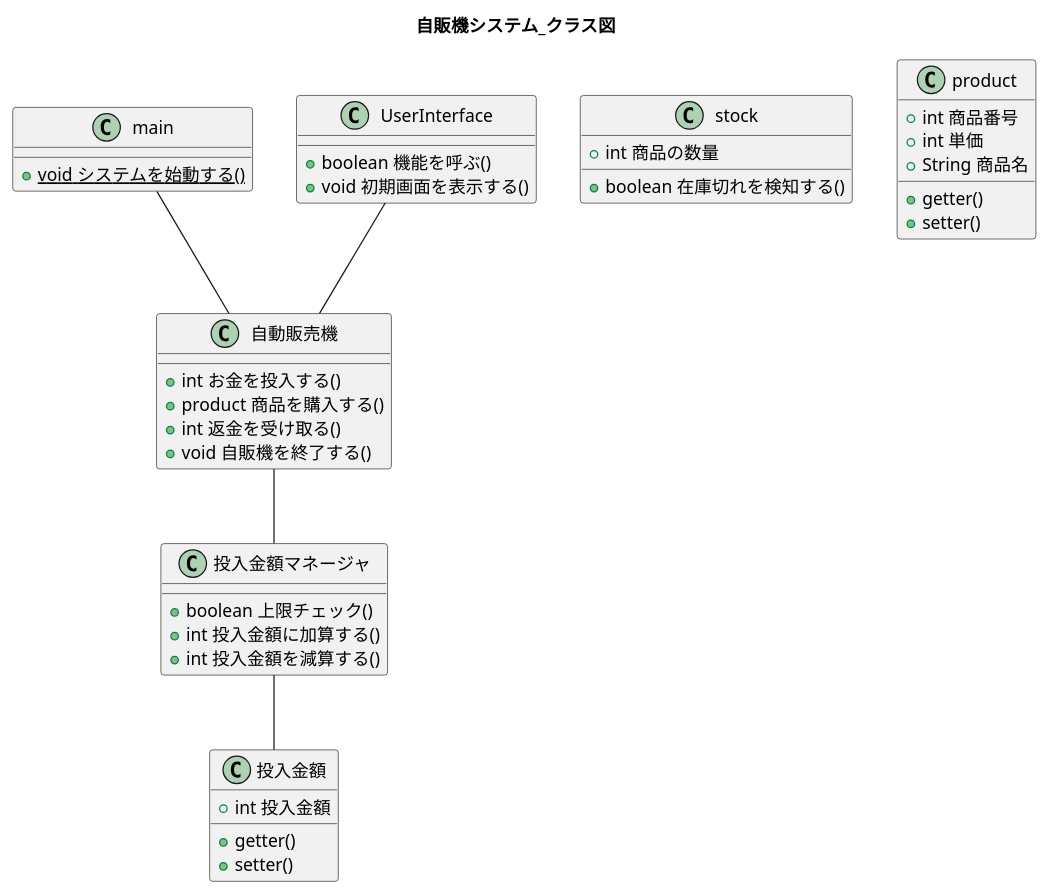
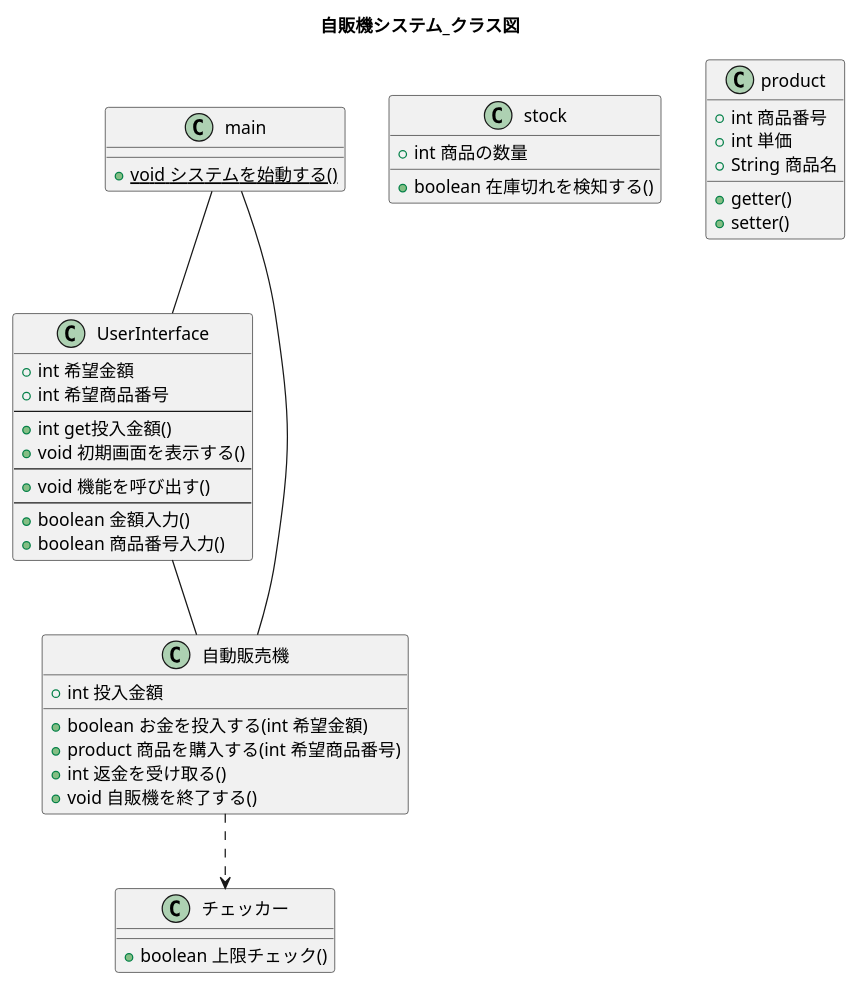
The diagram in UML_class_sequence/VendingMachine_classDiag.puml (W-Nakayama-24/VendingMachine_CUI), drawn with PlantUML before and after one commit. The commit also changed 3 other files, not shown here.

First line of the commit message:
FIX classDiag_and_sequence01

```diff
--- a/UML_class_sequence/VendingMachine_classDiag.puml
+++ b/UML_class_sequence/VendingMachine_classDiag.puml
@@ -1,63 +1,66 @@
 @startuml
 title 自販機システム_クラス図
 
+main -- UserInterface
 main -- 自動販売機
 UserInterface -- 自動販売機
-自動販売機 -- 投入金額マネージャ
-投入金額マネージャ -- 投入金額
+自動販売機 ..> チェッカー
 
 
 class main {
     +{static}void システムを始動する()
 } 
 
 /'
 機能呼び出し - UserInterface
 1,2,3,9を入力させて機能を呼ぶなんてのはCUIならではなので、
 自販機の本質ではない。 自販機クラスから外へ出した
 '/
 class UserInterface {
-    +boolean 機能を呼ぶ()
+    +int 希望金額
+    +int 希望商品番号
+    --
+    +int get投入金額()
     +void 初期画面を表示する()
+    --
+    +void 機能を呼び出す()
+    --
+    +boolean 金額入力()
+    +boolean 商品番号入力() 
     /'
     1,2,3,9以外ならここでfalseを返し、エラーメッセージ00を表示
     '/
 }
 
 class 自動販売機 {
-    +int お金を投入する()
-    +product 商品を購入する()
+    +int 投入金額
+    +boolean お金を投入する(int 希望金額)
+    +product 商品を購入する(int 希望商品番号)
     +int 返金を受け取る()
     +void 自販機を終了する()
 }
 
-class 投入金額マネージャ{
+class チェッカー{
     +boolean 上限チェック()
-    +int 投入金額に加算する()
-    +int 投入金額を減算する()
 }
 
-class 投入金額 {
-    +int 投入金額
-    +getter()
-    +setter()
-}
+
 
 class stock {
     /'
     ここに各商品の集合体が入っている感覚
     '/
     +int 商品の数量
     +boolean 在庫切れを検知する()
 }
 
 class product {
     +int 商品番号
     +int 単価
     +String 商品名
     +getter()
     +setter()
 }
 
 
 @enduml
```
